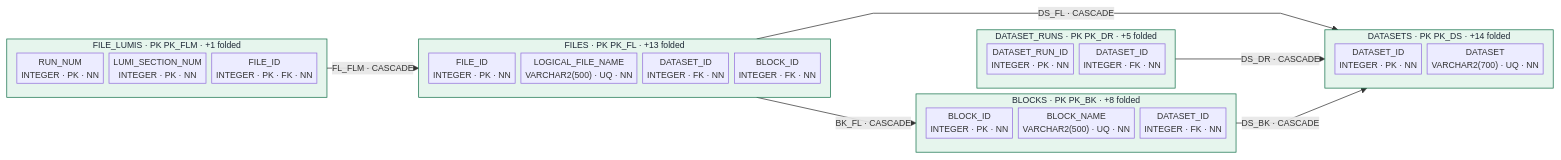
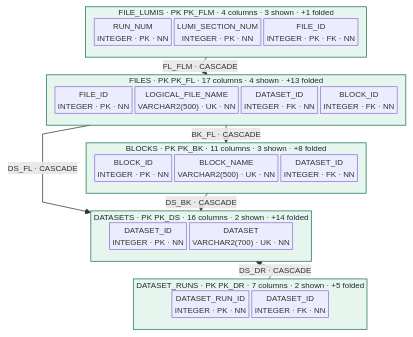
The fifth of 9 diagrams in docs/schema/README.domains.md (todor-ivanov/dbs2go), drawn with Mermaid before and after one commit. The commit also changed other lines of this file and 12 other files, not shown here.

````diff
--- a/docs/schema/README.domains.md
+++ b/docs/schema/README.domains.md
@@ -373,43 +330,47 @@
 ```mermaid
-%%{init: {"flowchart": {"nodeSpacing": 8, "rankSpacing": 14, "curve": "linear", "padding": 3}, "themeVariables": {"fontSize": "12px"}}}%%
-flowchart LR
-  subgraph n_sg_BLOCKS["BLOCKS · PK PK_BK · +8 folded"]
+%%{init: {"flowchart": {"nodeSpacing": 4, "rankSpacing": 8, "curve": "linear", "padding": 2}, "themeVariables": {"fontSize": "11px"}}}%%
+flowchart TB
+  subgraph n_sg_BLOCKS["BLOCKS · PK PK_BK · 11 columns · 3 shown · +8 folded"]
     direction TB
     n_BLOCKS__BLOCK_ID["BLOCK_ID<br/>INTEGER · PK · NN"]
-    n_BLOCKS__BLOCK_NAME["BLOCK_NAME<br/>VARCHAR2(500) · UQ · NN"]
+    n_BLOCKS__BLOCK_NAME["BLOCK_NAME<br/>VARCHAR2(500) · UK · NN"]
     n_BLOCKS__DATASET_ID["DATASET_ID<br/>INTEGER · FK · NN"]
   end
   style n_sg_BLOCKS fill:#E6F5ED,stroke:#17734D,color:#1f2937
-  subgraph n_sg_DATASETS["DATASETS · PK PK_DS · +14 folded"]
+  subgraph n_sg_DATASETS["DATASETS · PK PK_DS · 16 columns · 2 shown · +14 folded"]
     direction TB
     n_DATASETS__DATASET_ID["DATASET_ID<br/>INTEGER · PK · NN"]
-    n_DATASETS__DATASET["DATASET<br/>VARCHAR2(700) · UQ · NN"]
+    n_DATASETS__DATASET["DATASET<br/>VARCHAR2(700) · UK · NN"]
   end
   style n_sg_DATASETS fill:#E6F5ED,stroke:#17734D,color:#1f2937
-  subgraph n_sg_DATASET_RUNS["DATASET_RUNS · PK PK_DR · +5 folded"]
+  subgraph n_sg_DATASET_RUNS["DATASET_RUNS · PK PK_DR · 7 columns · 2 shown · +5 folded"]
     direction TB
     n_DATASET_RUNS__DATASET_RUN_ID["DATASET_RUN_ID<br/>INTEGER · PK · NN"]
     n_DATASET_RUNS__DATASET_ID["DATASET_ID<br/>INTEGER · FK · NN"]
   end
   style n_sg_DATASET_RUNS fill:#E6F5ED,stroke:#17734D,color:#1f2937
-  subgraph n_sg_FILES["FILES · PK PK_FL · +13 folded"]
+  subgraph n_sg_FILES["FILES · PK PK_FL · 17 columns · 4 shown · +13 folded"]
     direction TB
     n_FILES__FILE_ID["FILE_ID<br/>INTEGER · PK · NN"]
-    n_FILES__LOGICAL_FILE_NAME["LOGICAL_FILE_NAME<br/>VARCHAR2(500) · UQ · NN"]
+    n_FILES__LOGICAL_FILE_NAME["LOGICAL_FILE_NAME<br/>VARCHAR2(500) · UK · NN"]
     n_FILES__DATASET_ID["DATASET_ID<br/>INTEGER · FK · NN"]
     n_FILES__BLOCK_ID["BLOCK_ID<br/>INTEGER · FK · NN"]
   end
   style n_sg_FILES fill:#E6F5ED,stroke:#17734D,color:#1f2937
-  subgraph n_sg_FILE_LUMIS["FILE_LUMIS · PK PK_FLM · +1 folded"]
+  subgraph n_sg_FILE_LUMIS["FILE_LUMIS · PK PK_FLM · 4 columns · 3 shown · +1 folded"]
     direction TB
     n_FILE_LUMIS__RUN_NUM["RUN_NUM<br/>INTEGER · PK · NN"]
     n_FILE_LUMIS__LUMI_SECTION_NUM["LUMI_SECTION_NUM<br/>INTEGER · PK · NN"]
     n_FILE_LUMIS__FILE_ID["FILE_ID<br/>INTEGER · PK · FK · NN"]
   end
   style n_sg_FILE_LUMIS fill:#E6F5ED,stroke:#17734D,color:#1f2937
+  n_sg_BLOCKS ~~~ n_sg_DATASETS
+  n_sg_DATASETS ~~~ n_sg_DATASET_RUNS
+  n_sg_DATASET_RUNS ~~~ n_sg_FILES
+  n_sg_FILES ~~~ n_sg_FILE_LUMIS
   n_BLOCKS__DATASET_ID -->|"DS_BK · CASCADE"| n_DATASETS__DATASET_ID
   n_DATASET_RUNS__DATASET_ID -->|"DS_DR · CASCADE"| n_DATASETS__DATASET_ID
   n_FILES__BLOCK_ID -->|"BK_FL · CASCADE"| n_BLOCKS__BLOCK_ID
   n_FILES__DATASET_ID -->|"DS_FL · CASCADE"| n_DATASETS__DATASET_ID
   n_FILE_LUMIS__FILE_ID -->|"FL_FLM · CASCADE"| n_FILES__FILE_ID
 ```
````
